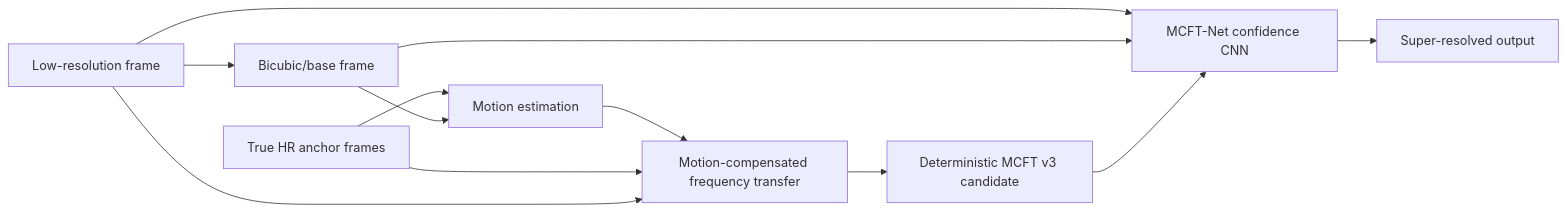
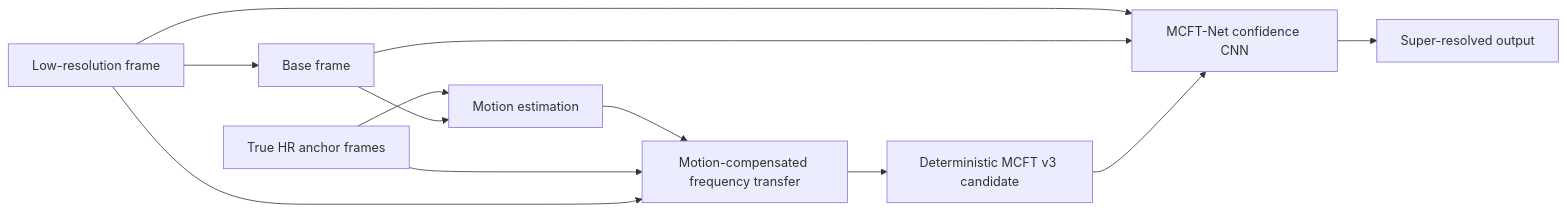
The diagram in README.md (yigityektin/MCFT-Net), drawn with Mermaid before and after one commit. The commit also changed other lines of this file, not shown here.

````diff
--- a/README.md
+++ b/README.md
@@ -66,14 +66,14 @@
 ```mermaid
 flowchart LR
-    LR[Low-resolution frame] --> B[Bicubic/base frame]
+    LR[Low-resolution frame] --> B[Base frame]
     A[True HR anchor frames] --> M[Motion estimation]
     B --> M
     M --> F[Motion-compensated frequency transfer]
     A --> F
     LR --> F
     F --> C[Deterministic MCFT v3 candidate]
     LR --> N[MCFT-Net confidence CNN]
     B --> N
     C --> N
     N --> O[Super-resolved output]
 ```
````
